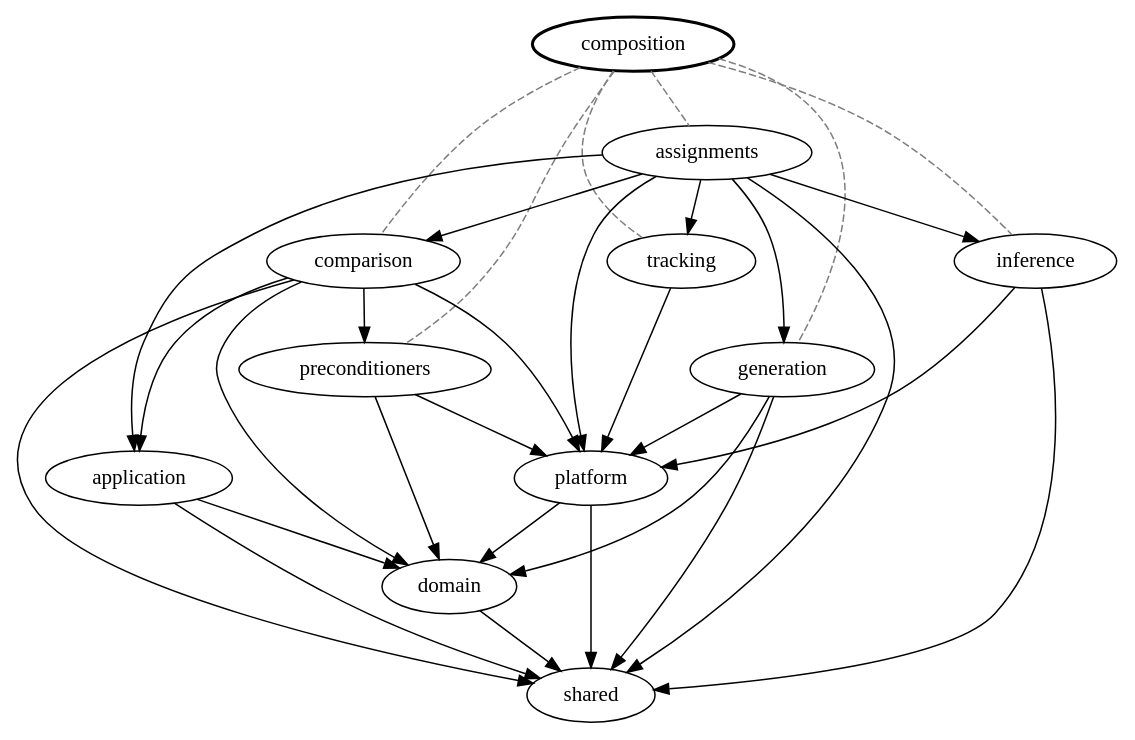
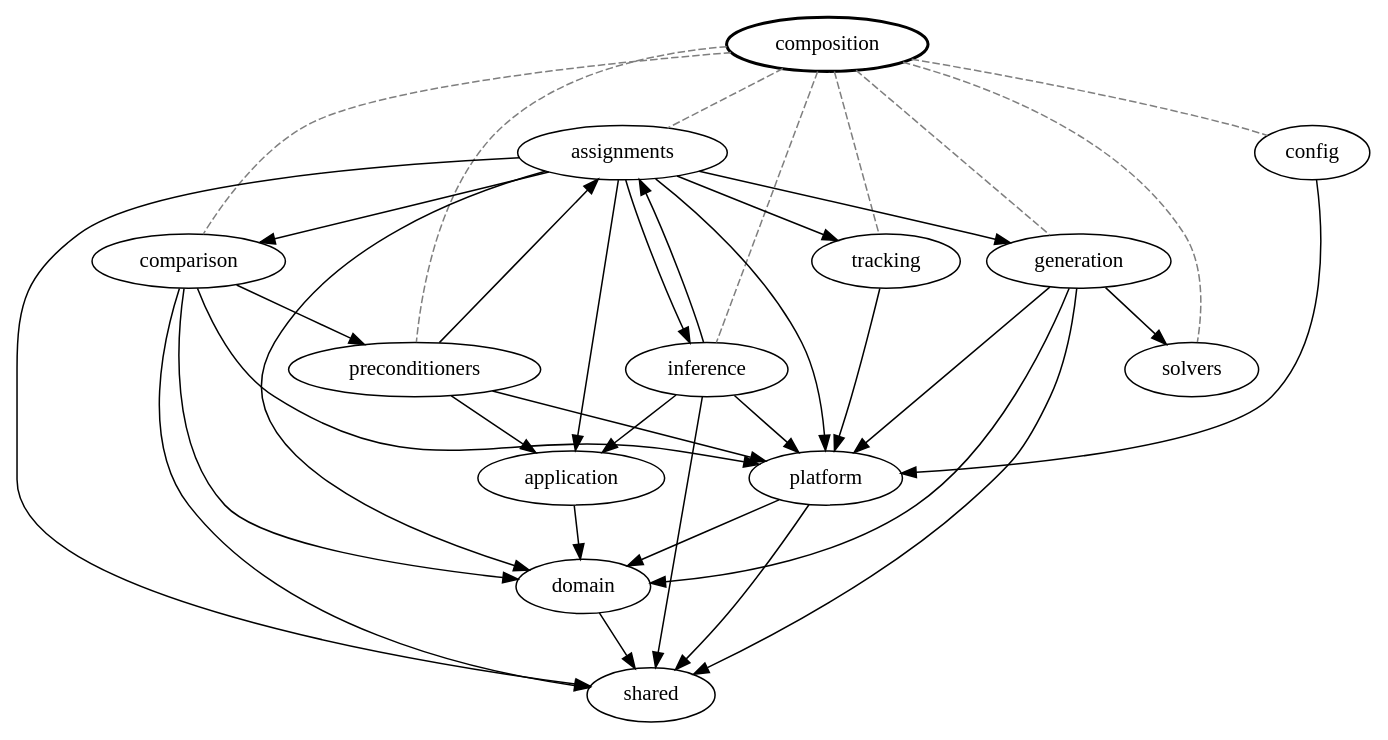
Before and after one commit to constatza/dl-experiments: the diagram in docs/neuralls/diagrams/composition.dot, drawn with Graphviz. The commit also changed 6 other files, not shown here.

First line of the commit message:
docs(neuralls): regenerate dependency graphs from current source

```diff
--- a/docs/neuralls/diagrams/composition.dot
+++ b/docs/neuralls/diagrams/composition.dot
@@ -1,44 +1,52 @@
 digraph {
 "neuralls.application" [label="application"];
 "neuralls.composition" [label="composition" style="bold"];
+"neuralls.composition.assignments" [label="assignments"];
 "neuralls.composition.comparison" [label="comparison"];
-"neuralls.composition.assignments" [label="assignments"];
+"neuralls.composition.config" [label="config"];
 "neuralls.composition.generation" [label="generation"];
 "neuralls.composition.inference" [label="inference"];
 "neuralls.composition.preconditioners" [label="preconditioners"];
+"neuralls.composition.solvers" [label="solvers"];
 "neuralls.composition.tracking" [label="tracking"];
 "neuralls.domain" [label="domain"];
 "neuralls.platform" [label="platform"];
 "neuralls.shared" [label="shared"];
+"neuralls.composition" -> "neuralls.composition.assignments" [style="dashed" color="gray50" arrowhead="none"];
 "neuralls.composition" -> "neuralls.composition.comparison" [style="dashed" color="gray50" arrowhead="none"];
-"neuralls.composition" -> "neuralls.composition.assignments" [style="dashed" color="gray50" arrowhead="none"];
+"neuralls.composition" -> "neuralls.composition.config" [style="dashed" color="gray50" arrowhead="none"];
 "neuralls.composition" -> "neuralls.composition.generation" [style="dashed" color="gray50" arrowhead="none"];
 "neuralls.composition" -> "neuralls.composition.inference" [style="dashed" color="gray50" arrowhead="none"];
 "neuralls.composition" -> "neuralls.composition.preconditioners" [style="dashed" color="gray50" arrowhead="none"];
+"neuralls.composition" -> "neuralls.composition.solvers" [style="dashed" color="gray50" arrowhead="none"];
 "neuralls.composition" -> "neuralls.composition.tracking" [style="dashed" color="gray50" arrowhead="none"];
 "neuralls.application" -> "neuralls.domain";
-"neuralls.application" -> "neuralls.shared";
-"neuralls.composition.comparison" -> "neuralls.application";
-"neuralls.composition.comparison" -> "neuralls.composition.preconditioners";
-"neuralls.composition.comparison" -> "neuralls.domain";
-"neuralls.composition.comparison" -> "neuralls.platform";
-"neuralls.composition.comparison" -> "neuralls.shared";
 "neuralls.composition.assignments" -> "neuralls.application";
 "neuralls.composition.assignments" -> "neuralls.composition.comparison";
 "neuralls.composition.assignments" -> "neuralls.composition.generation";
 "neuralls.composition.assignments" -> "neuralls.composition.inference";
 "neuralls.composition.assignments" -> "neuralls.composition.tracking";
+"neuralls.composition.assignments" -> "neuralls.domain";
 "neuralls.composition.assignments" -> "neuralls.platform";
 "neuralls.composition.assignments" -> "neuralls.shared";
+"neuralls.composition.comparison" -> "neuralls.composition.preconditioners";
+"neuralls.composition.comparison" -> "neuralls.domain";
+"neuralls.composition.comparison" -> "neuralls.platform";
+"neuralls.composition.comparison" -> "neuralls.shared";
+"neuralls.composition.config" -> "neuralls.platform";
+"neuralls.composition.generation" -> "neuralls.composition.solvers";
 "neuralls.composition.generation" -> "neuralls.domain";
 "neuralls.composition.generation" -> "neuralls.platform";
 "neuralls.composition.generation" -> "neuralls.shared";
+"neuralls.composition.inference" -> "neuralls.application";
+"neuralls.composition.inference" -> "neuralls.composition.assignments";
 "neuralls.composition.inference" -> "neuralls.platform";
 "neuralls.composition.inference" -> "neuralls.shared";
-"neuralls.composition.preconditioners" -> "neuralls.domain";
+"neuralls.composition.preconditioners" -> "neuralls.application";
+"neuralls.composition.preconditioners" -> "neuralls.composition.assignments";
 "neuralls.composition.preconditioners" -> "neuralls.platform";
 "neuralls.composition.tracking" -> "neuralls.platform";
 "neuralls.domain" -> "neuralls.shared";
 "neuralls.platform" -> "neuralls.domain";
 "neuralls.platform" -> "neuralls.shared";
 }
```
